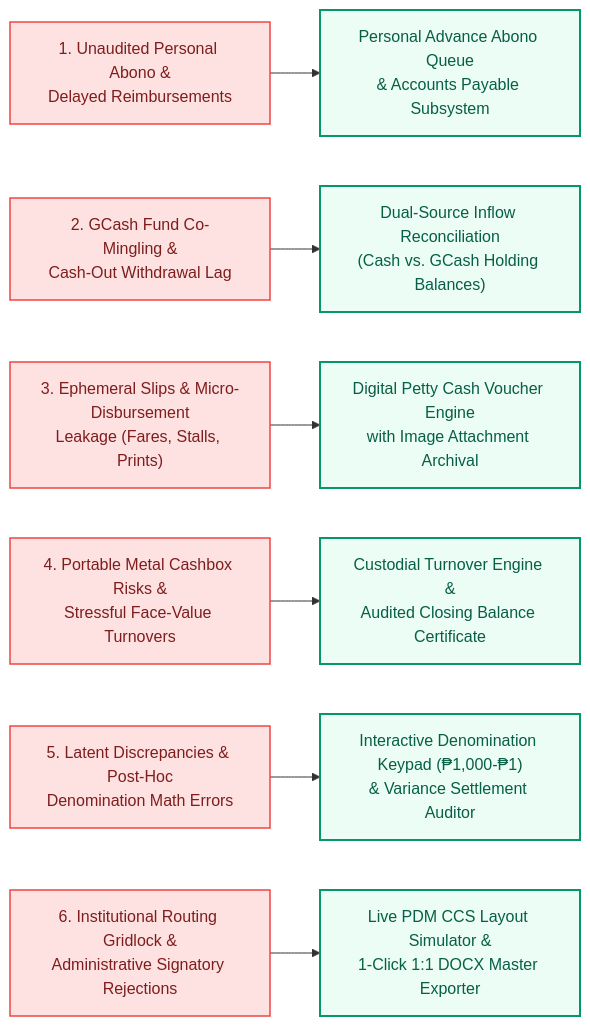
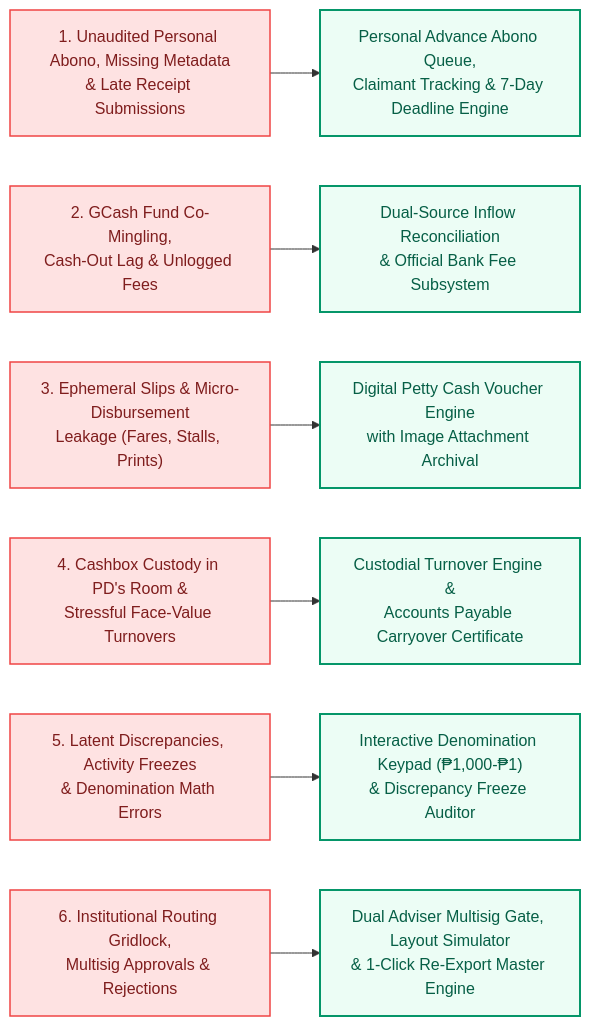
One commit to butterkookies/FinLITE changed the fifth of 5 diagrams in docs/PROJECT_CONTEXT.md. Above: the diagram before and after it, drawn with Mermaid. The commit also changed other lines of this file and 3 other files, not shown here.

````diff
--- a/docs/PROJECT_CONTEXT.md
+++ b/docs/PROJECT_CONTEXT.md
@@ -332,12 +347,12 @@
 ```mermaid
 flowchart LR
     classDef prob fill:#fee2e2,stroke:#ef4444,stroke-width:1.5px,color:#7f1d1d;
     classDef mod fill:#ecfdf5,stroke:#059669,stroke-width:2px,color:#065f46;
 
-    P1["1. Unaudited Personal Abono &<br/>Delayed Reimbursements"]:::prob --> M1["Personal Advance Abono Queue<br/>& Accounts Payable Subsystem"]:::mod
-    P2["2. GCash Fund Co-Mingling &<br/>Cash-Out Withdrawal Lag"]:::prob --> M2["Dual-Source Inflow Reconciliation<br/>(Cash vs. GCash Holding Balances)"]:::mod
+    P1["1. Unaudited Personal Abono, Missing Metadata<br/>& Late Receipt Submissions"]:::prob --> M1["Personal Advance Abono Queue,<br/>Claimant Tracking & 7-Day Deadline Engine"]:::mod
+    P2["2. GCash Fund Co-Mingling,<br/>Cash-Out Lag & Unlogged Fees"]:::prob --> M2["Dual-Source Inflow Reconciliation<br/>& Official Bank Fee Subsystem"]:::mod
     P3["3. Ephemeral Slips & Micro-Disbursement<br/>Leakage (Fares, Stalls, Prints)"]:::prob --> M3["Digital Petty Cash Voucher Engine<br/>with Image Attachment Archival"]:::mod
-    P4["4. Portable Metal Cashbox Risks &<br/>Stressful Face-Value Turnovers"]:::prob --> M4["Custodial Turnover Engine &<br/>Audited Closing Balance Certificate"]:::mod
-    P5["5. Latent Discrepancies & Post-Hoc<br/>Denomination Math Errors"]:::prob --> M5["Interactive Denomination Keypad (₱1,000-₱1)<br/>& Variance Settlement Auditor"]:::mod
-    P6["6. Institutional Routing Gridlock &<br/>Administrative Signatory Rejections"]:::prob --> M6["Live PDM CCS Layout Simulator &<br/>1-Click 1:1 DOCX Master Exporter"]:::mod
+    P4["4. Cashbox Custody in PD's Room &<br/>Stressful Face-Value Turnovers"]:::prob --> M4["Custodial Turnover Engine &<br/>Accounts Payable Carryover Certificate"]:::mod
+    P5["5. Latent Discrepancies, Activity Freezes<br/>& Denomination Math Errors"]:::prob --> M5["Interactive Denomination Keypad (₱1,000-₱1)<br/>& Discrepancy Freeze Auditor"]:::mod
+    P6["6. Institutional Routing Gridlock,<br/>Multisig Approvals & Rejections"]:::prob --> M6["Dual Adviser Multisig Gate, Layout Simulator<br/>& 1-Click Re-Export Master Engine"]:::mod
 ```
````
